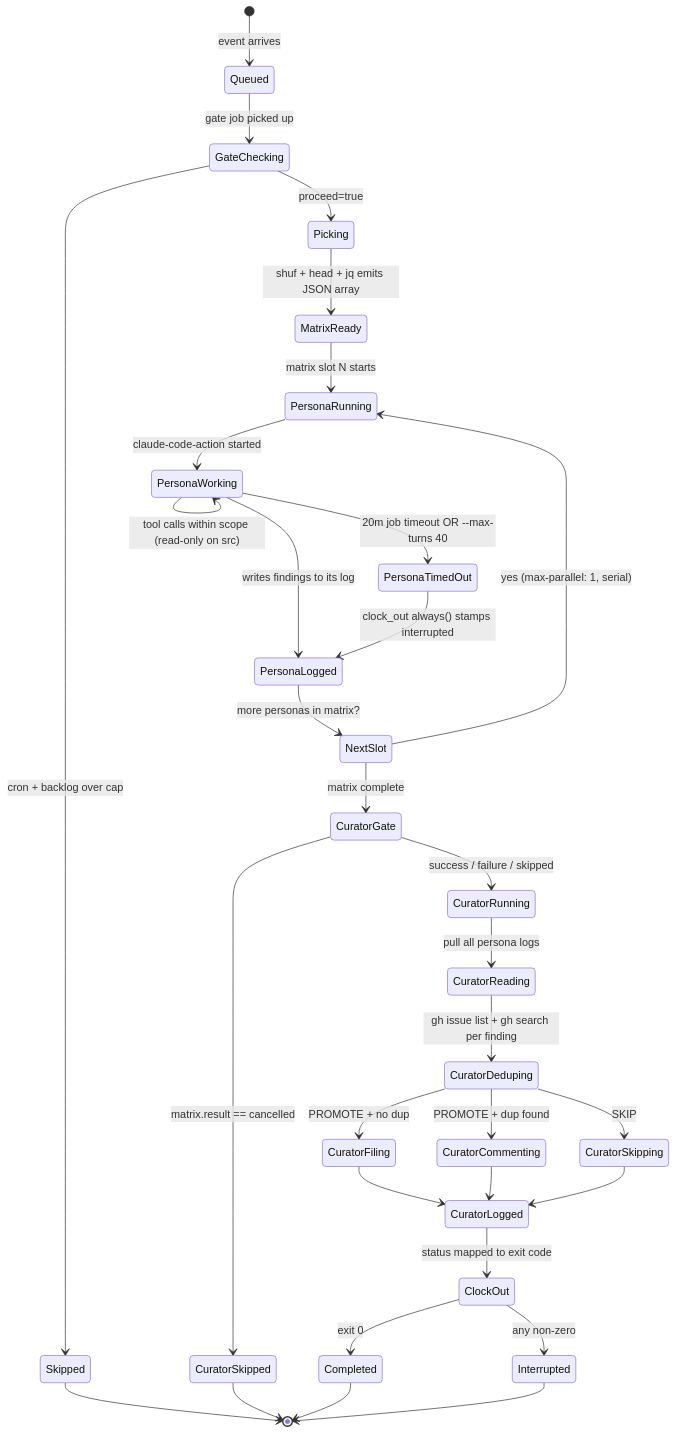
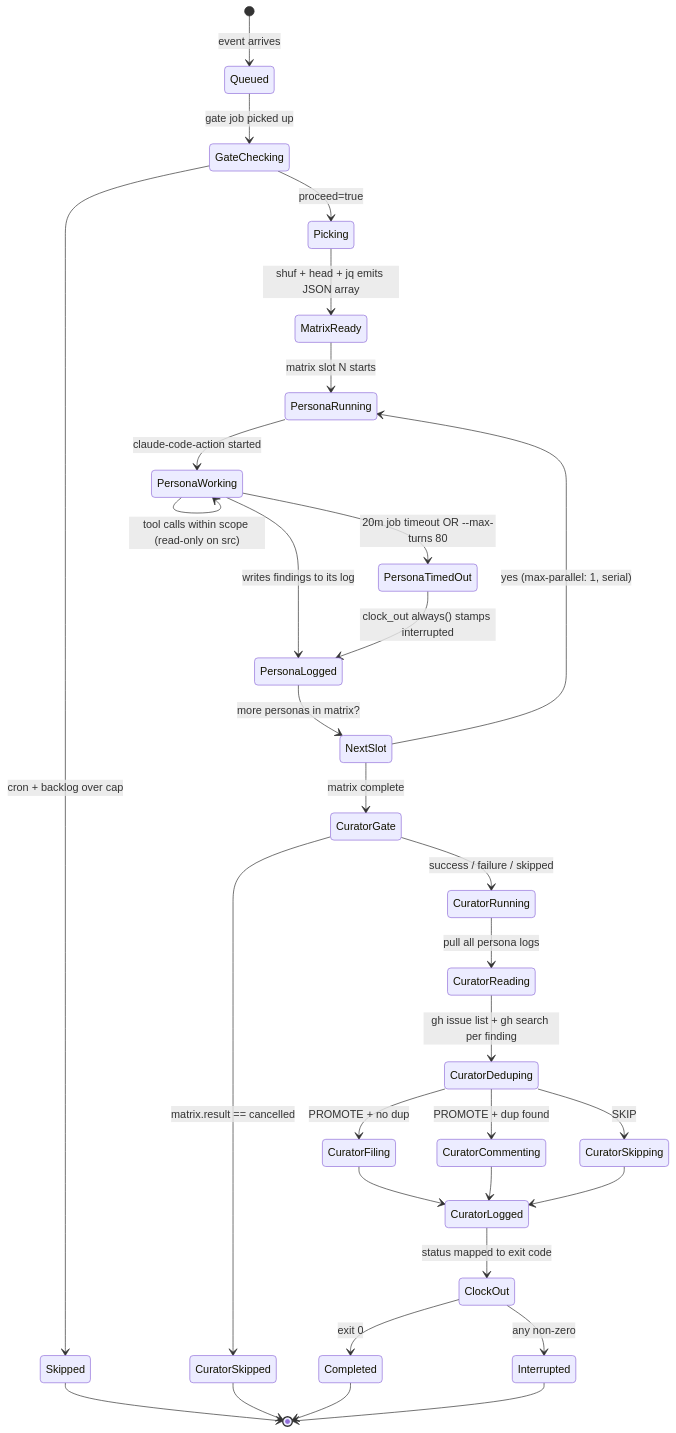
The tenth of 12 diagrams in .github/docs/PERSONAS_RUN_DEEP_DIVE.md (llm-exe/llm-exe), drawn with Mermaid before and after one commit. The commit also changed other lines of this file and 3 other files, not shown here.

````diff
--- a/.github/docs/PERSONAS_RUN_DEEP_DIVE.md
+++ b/.github/docs/PERSONAS_RUN_DEEP_DIVE.md
@@ -564,34 +567,34 @@
 ```mermaid
 stateDiagram-v2
     [*] --> Queued: event arrives
     Queued --> GateChecking: gate job picked up
     GateChecking --> Skipped: cron + backlog over cap
     GateChecking --> Picking: proceed=true
     Picking --> MatrixReady: shuf + head + jq emits JSON array
     MatrixReady --> PersonaRunning: matrix slot N starts
     PersonaRunning --> PersonaWorking: claude-code-action started
     PersonaWorking --> PersonaWorking: tool calls within scope (read-only on src)
     PersonaWorking --> PersonaLogged: writes findings to its log
-    PersonaWorking --> PersonaTimedOut: 20m job timeout OR --max-turns 40
+    PersonaWorking --> PersonaTimedOut: 20m job timeout OR --max-turns 80
     PersonaTimedOut --> PersonaLogged: clock_out always() stamps interrupted
     PersonaLogged --> NextSlot: more personas in matrix?
     NextSlot --> PersonaRunning: yes (max-parallel: 1, serial)
     NextSlot --> CuratorGate: matrix complete
     CuratorGate --> CuratorSkipped: matrix.result == cancelled
     CuratorGate --> CuratorRunning: success / failure / skipped
     CuratorRunning --> CuratorReading: pull all persona logs
     CuratorReading --> CuratorDeduping: gh issue list + gh search per finding
     CuratorDeduping --> CuratorFiling: PROMOTE + no dup
     CuratorDeduping --> CuratorCommenting: PROMOTE + dup found
     CuratorDeduping --> CuratorSkipping: SKIP
     CuratorFiling --> CuratorLogged
     CuratorCommenting --> CuratorLogged
     CuratorSkipping --> CuratorLogged
     CuratorLogged --> ClockOut: status mapped to exit code
     ClockOut --> Completed: exit 0
     ClockOut --> Interrupted: any non-zero
     Skipped --> [*]
     CuratorSkipped --> [*]
     Completed --> [*]
     Interrupted --> [*]
 ```
````
